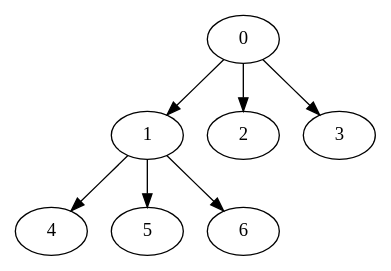
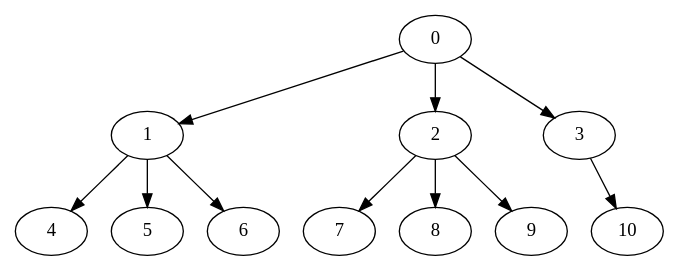
One commit to Jordanwmk/Paralex changed the diagram in src/output.dot. Above: the diagram before and after it, drawn with Graphviz. The commit also changed 7 other files, not shown here.

```diff
--- a/src/output.dot
+++ b/src/output.dot
@@ -1,15 +1,23 @@
 digraph "outputExample" {
-	0 [weight=5,Processor=1,Start=0];
-	1 [weight=6,Processor=1,Start=11];
-	2 [weight=5,Processor=2,Start=16];
-	3 [weight=6,Processor=1,Start=5];
-	4 [weight=4,Processor=1,Start=24];
-	5 [weight=7,Processor=2,Start=21];
-	6 [weight=7,Processor=1,Start=17];
-	0 -> 1 [weight=15];
-	0 -> 2 [weight=11];
-	0 -> 3 [weight=11];
-	1 -> 4 [weight=19];
-	1 -> 5 [weight=4];
-	1 -> 6 [weight=21];
+	0 [weight=50,Processor=1,Start=0];
+	1 [weight=70,Processor=1,Start=50];
+	2 [weight=90,Processor=3,Start=57];
+	3 [weight=100,Processor=2,Start=54];
+	4 [weight=40,Processor=1,Start=120];
+	5 [weight=20,Processor=2,Start=194];
+	6 [weight=100,Processor=4,Start=125];
+	7 [weight=80,Processor=3,Start=147];
+	8 [weight=50,Processor=1,Start=160];
+	9 [weight=20,Processor=2,Start=174];
+	10 [weight=20,Processor=2,Start=154];
+	0 -> 1 [weight=9];
+	0 -> 2 [weight=7];
+	0 -> 3 [weight=4];
+	1 -> 4 [weight=10];
+	1 -> 5 [weight=7];
+	1 -> 6 [weight=5];
+	2 -> 7 [weight=5];
+	2 -> 8 [weight=3];
+	2 -> 9 [weight=10];
+	3 -> 10 [weight=4];
 }
```
